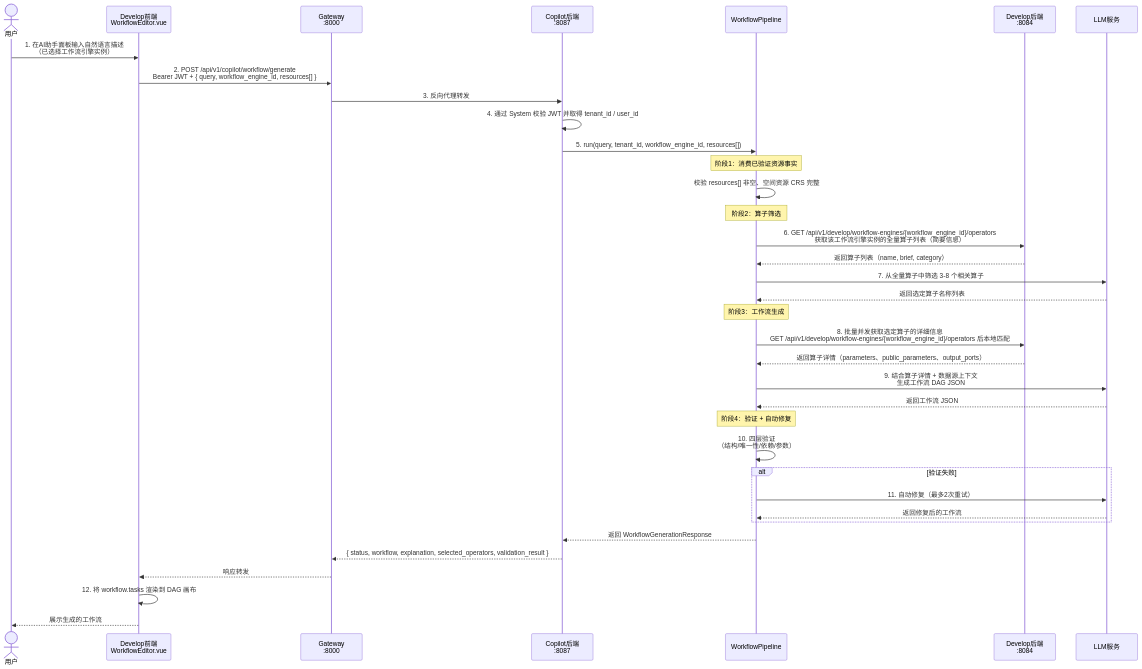
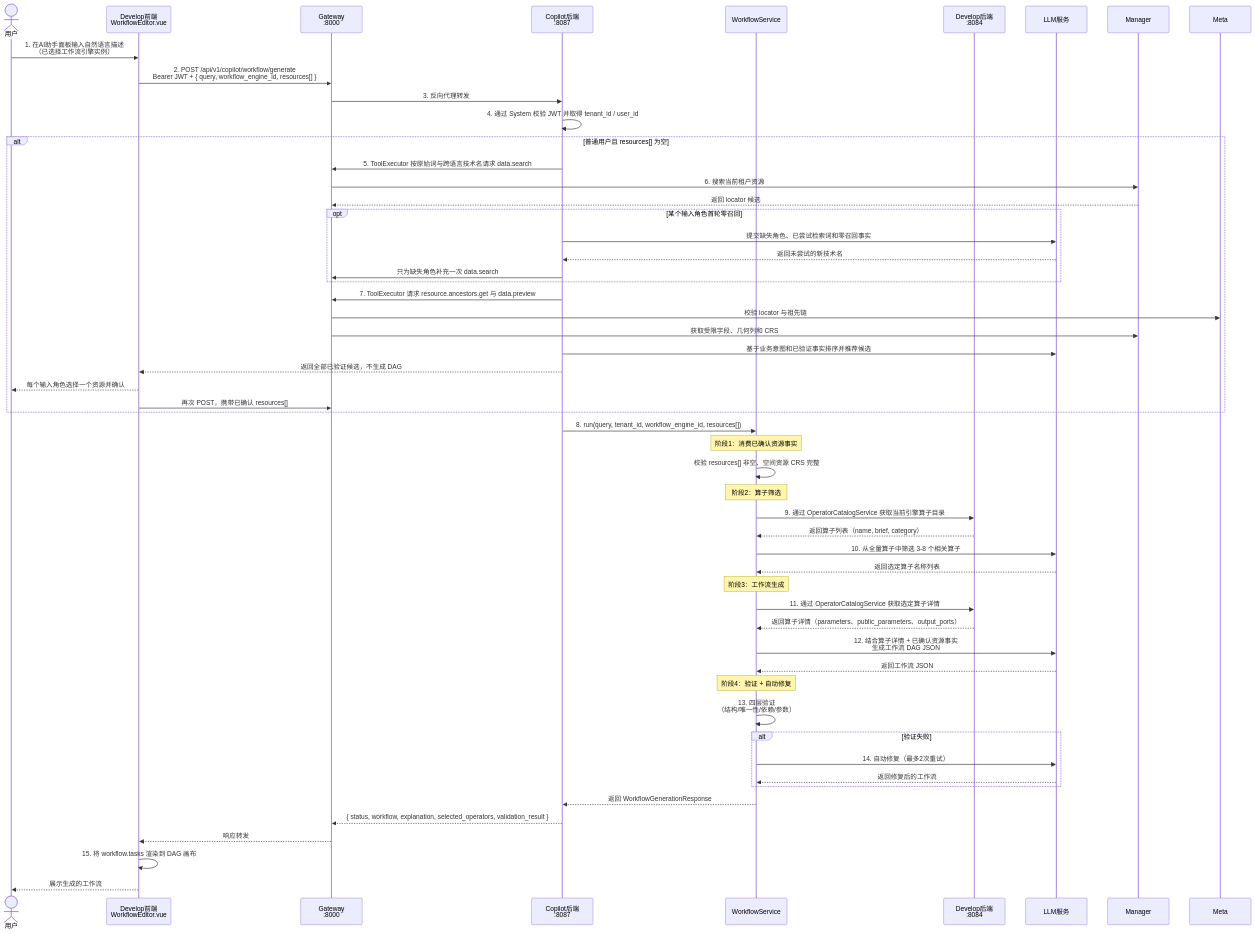
Before and after one commit to pampa0629/addp: the first of 3 diagrams in copilot/docs/copilot-develop-调用关系说明.md, drawn with Mermaid. The commit also changed other lines of this file and 665 other files, not shown here.

````diff
--- a/copilot/docs/copilot-develop-调用关系说明.md
+++ b/copilot/docs/copilot-develop-调用关系说明.md
@@ -31,44 +57,62 @@
 ```mermaid
 sequenceDiagram
     actor User as 用户
     participant FE as Develop前端<br/>WorkflowEditor.vue
     participant GW as Gateway<br/>:8000
     participant Copilot as Copilot后端<br/>:8087
-    participant Pipeline as WorkflowPipeline
+    participant WorkflowService
     participant DevBE as Develop后端<br/>:8084
     participant LLM as LLM服务
 
     User->>FE: 1. 在AI助手面板输入自然语言描述<br/>（已选择工作流引擎实例）
     FE->>GW: 2. POST /api/v1/copilot/workflow/generate<br/>Bearer JWT + { query, workflow_engine_id, resources[] }
     GW->>Copilot: 3. 反向代理转发
     Copilot->>Copilot: 4. 通过 System 校验 JWT 并取得 tenant_id / user_id
-    Copilot->>Pipeline: 5. run(query, tenant_id, workflow_engine_id, resources[])
 
-    note over Pipeline: 阶段1：消费已验证资源事实
-    Pipeline->>Pipeline: 校验 resources[] 非空、空间资源 CRS 完整
+    alt 普通用户且 resources[] 为空
+        Copilot->>GW: 5. ToolExecutor 按原始词与跨语言技术名请求 data.search
+        GW->>Manager: 6. 搜索当前租户资源
+        Manager-->>GW: 返回 locator 候选
+        opt 某个输入角色首轮零召回
+            Copilot->>LLM: 提交缺失角色、已尝试检索词和零召回事实
+            LLM-->>Copilot: 返回未尝试的新技术名
+            Copilot->>GW: 只为缺失角色补充一次 data.search
+        end
+        Copilot->>GW: 7. ToolExecutor 请求 resource.ancestors.get 与 data.preview
+        GW->>Meta: 校验 locator 与祖先链
+        GW->>Manager: 获取受限字段、几何列和 CRS
+        Copilot->>LLM: 基于业务意图和已验证事实排序并推荐候选
+        Copilot-->>FE: 返回全部已验证候选，不生成 DAG
+        FE-->>User: 每个输入角色选择一个资源并确认
+        FE->>GW: 再次 POST，携带已确认 resources[]
+    end
+    Copilot->>WorkflowService: 8. run(query, tenant_id, workflow_engine_id, resources[])
 
-    note over Pipeline: 阶段2：算子筛选
-    Pipeline->>DevBE: 6. GET /api/v1/develop/workflow-engines/{workflow_engine_id}/operators<br/>获取该工作流引擎实例的全量算子列表（简要信息）
-    DevBE-->>Pipeline: 返回算子列表（name, brief, category）
-    Pipeline->>LLM: 7. 从全量算子中筛选 3-8 个相关算子
-    LLM-->>Pipeline: 返回选定算子名称列表
+    note over WorkflowService: 阶段1：消费已确认资源事实
+    WorkflowService->>WorkflowService: 校验 resources[] 非空、空间资源 CRS 完整
 
-    note over Pipeline: 阶段3：工作流生成
-    Pipeline->>DevBE: 8. 批量并发获取选定算子的详细信息<br/>GET /api/v1/develop/workflow-engines/{workflow_engine_id}/operators 后本地匹配
-    DevBE-->>Pipeline: 返回算子详情（parameters、public_parameters、output_ports）
-    Pipeline->>LLM: 9. 结合算子详情 + 数据源上下文<br/>生成工作流 DAG JSON
-    LLM-->>Pipeline: 返回工作流 JSON
+    note over WorkflowService: 阶段2：算子筛选
+    WorkflowService->>DevBE: 9. 通过 OperatorCatalogService 获取当前引擎算子目录
+    DevBE-->>WorkflowService: 返回算子列表（name, brief, category）
+    WorkflowService->>LLM: 10. 从全量算子中筛选 3-8 个相关算子
+    LLM-->>WorkflowService: 返回选定算子名称列表
 
-    note over Pipeline: 阶段4：验证 + 自动修复
-    Pipeline->>Pipeline: 10. 四层验证<br/>（结构/唯一性/依赖/参数）
+    note over WorkflowService: 阶段3：工作流生成
+    WorkflowService->>DevBE: 11. 通过 OperatorCatalogService 获取选定算子详情
+    DevBE-->>WorkflowService: 返回算子详情（parameters、public_parameters、output_ports）
+    WorkflowService->>LLM: 12. 结合算子详情 + 已确认资源事实<br/>生成工作流 DAG JSON
+    LLM-->>WorkflowService: 返回工作流 JSON
+
+    note over WorkflowService: 阶段4：验证 + 自动修复
+    WorkflowService->>WorkflowService: 13. 四层验证<br/>（结构/唯一性/依赖/参数）
     alt 验证失败
-        Pipeline->>LLM: 11. 自动修复（最多2次重试）
-        LLM-->>Pipeline: 返回修复后的工作流
+        WorkflowService->>LLM: 14. 自动修复（最多2次重试）
+        LLM-->>WorkflowService: 返回修复后的工作流
     end
 
-    Pipeline-->>Copilot: 返回 WorkflowGenerationResponse
+    WorkflowService-->>Copilot: 返回 WorkflowGenerationResponse
     Copilot-->>GW: { status, workflow, explanation, selected_operators, validation_result }
     GW-->>FE: 响应转发
-    FE->>FE: 12. 将 workflow.tasks 渲染到 DAG 画布
+    FE->>FE: 15. 将 workflow.tasks 渲染到 DAG 画布
     FE-->>User: 展示生成的工作流
 ```
````
